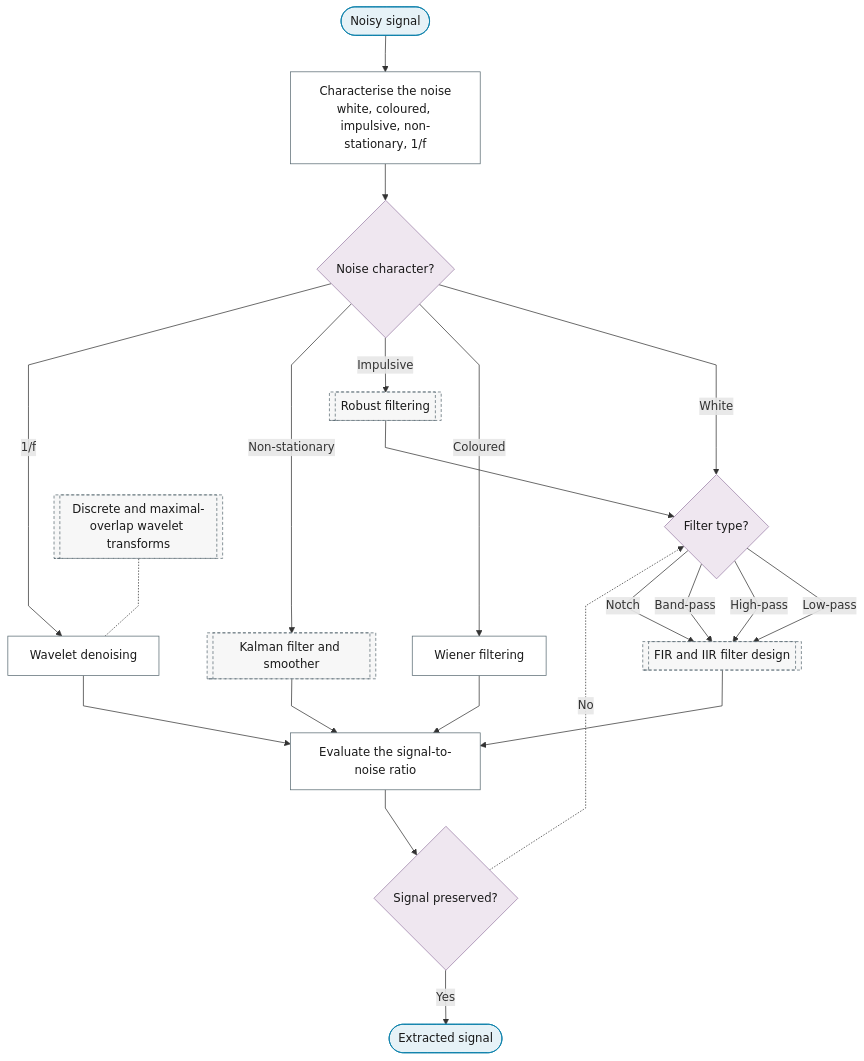
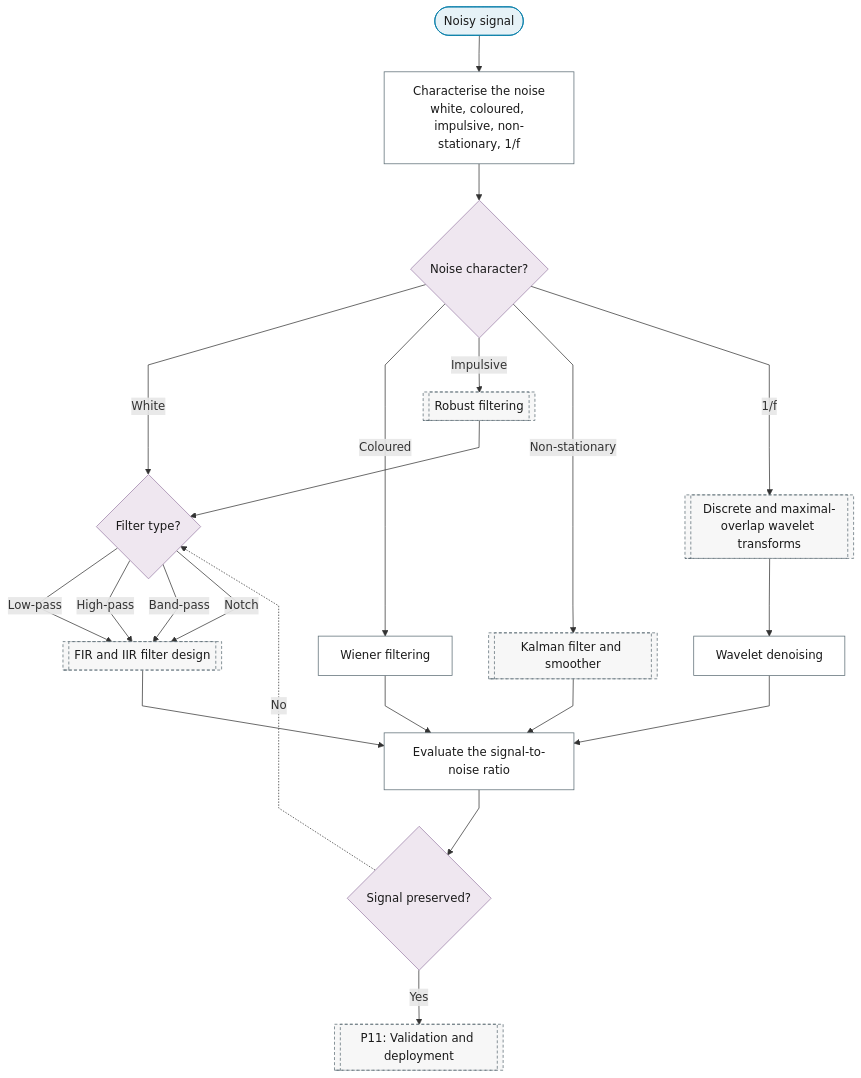
Before and after one commit to Shuxin-Y/time-series-analysis-manual: the diagram in docs/01-workflow/p02-purpose/03-signal-extraction.md, drawn with Mermaid. The commit also changed 9 other files, not shown here.

First line of the commit message:
fix(flowchart): purpose charts route through the spine and end at P11

````diff
--- a/docs/01-workflow/p02-purpose/03-signal-extraction.md
+++ b/docs/01-workflow/p02-purpose/03-signal-extraction.md
@@ -7,33 +7,33 @@
 ```mermaid
 %%{init: {"flowchart": {"curve": "linear"}}}%%
 graph TD
     P2_SE_IN(["Noisy signal"]) --> P2_SE_NOISE_TYPE["Characterise the noise<br/>white, coloured, impulsive, non-stationary, 1/f"]
     P2_SE_NOISE_TYPE --> P2_SE_NOISE_Q{"Noise character?"}
     P2_SE_NOISE_Q -->|"White"| P2_SE_FILTER_Q
     P2_SE_NOISE_Q -->|"Coloured"| P2_SE_WIENER["Wiener filtering"]
     P2_SE_NOISE_Q -->|"Impulsive"| P0_ROBUST_FILTER[["Robust filtering"]]
     P2_SE_NOISE_Q -->|"Non-stationary"| P8_KALMAN[["Kalman filter and smoother"]]
-    P2_SE_NOISE_Q -->|"1/f"| P2_SE_WAVELET_DENOISING["Wavelet denoising"]
+    P2_SE_NOISE_Q -->|"1/f"| P5_TF_DWT[["Discrete and maximal-overlap wavelet transforms"]]
     P0_ROBUST_FILTER --> P2_SE_FILTER_Q{"Filter type?"}
     P2_SE_FILTER_Q -->|"Low-pass"| P5_FD_FILTERS[["FIR and IIR filter design"]]
     P2_SE_FILTER_Q -->|"High-pass"| P5_FD_FILTERS
     P2_SE_FILTER_Q -->|"Band-pass"| P5_FD_FILTERS
     P2_SE_FILTER_Q -->|"Notch"| P5_FD_FILTERS
+    P5_TF_DWT --> P2_SE_WAVELET_DENOISING["Wavelet denoising"]
     P5_FD_FILTERS & P2_SE_WIENER & P8_KALMAN & P2_SE_WAVELET_DENOISING --> P2_SE_SNR["Evaluate the signal-to-noise ratio"]
     P2_SE_SNR --> P2_SE_OK{"Signal preserved?"}
     P2_SE_OK -.->|"No"| P2_SE_FILTER_Q
-    P2_SE_OK -->|"Yes"| P2_SE_OUT(["Extracted signal"])
-    P5_TF_DWT[["Discrete and maximal-overlap wavelet transforms"]] -.- P2_SE_WAVELET_DENOISING
-    class P2_SE_IN,P2_SE_OUT terminator
+    P2_SE_OK -->|"Yes"| P11[["P11: Validation and deployment"]]
+    class P2_SE_IN terminator
     class P2_SE_NOISE_Q,P2_SE_FILTER_Q,P2_SE_OK decision
     class P2_SE_NOISE_TYPE,P2_SE_WIENER,P2_SE_WAVELET_DENOISING,P2_SE_SNR process
-    class P0_ROBUST_FILTER,P8_KALMAN,P5_FD_FILTERS,P5_TF_DWT ref
+    class P0_ROBUST_FILTER,P8_KALMAN,P5_TF_DWT,P5_FD_FILTERS,P11 ref
     classDef terminator fill:#E6F2F7,stroke:#007BA7,color:#1A1A1A;
     classDef process fill:#FFFFFF,stroke:#5A6B73,color:#1A1A1A;
     classDef decision fill:#EFE7F0,stroke:#9B7FA7,color:#1A1A1A;
     classDef data fill:#FFF4E0,stroke:#C9A55E,color:#1A1A1A;
     classDef good fill:#DCEFD8,stroke:#4A7A3F,color:#1A1A1A;
     classDef escalate fill:#FFE9C2,stroke:#C9A55E,color:#1A1A1A;
     classDef problem fill:#F2D9DE,stroke:#800020,color:#1A1A1A;
     classDef ref fill:#F7F7F7,stroke:#5A6B73,color:#1A1A1A,stroke-dasharray:4 3;
 ```
````
